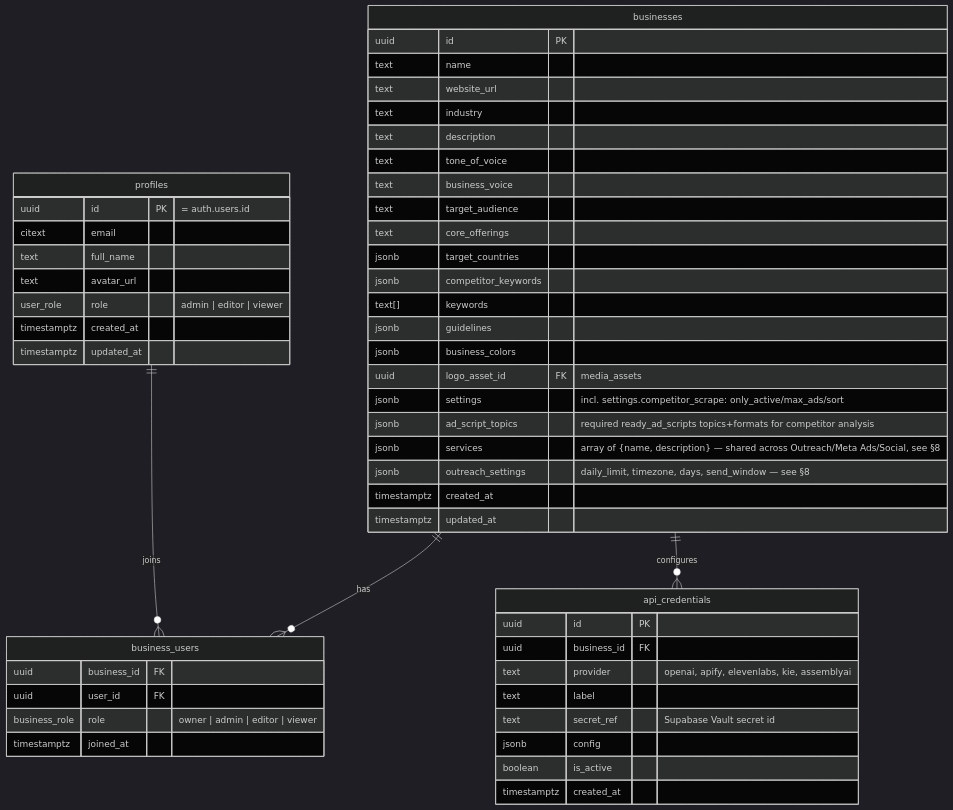
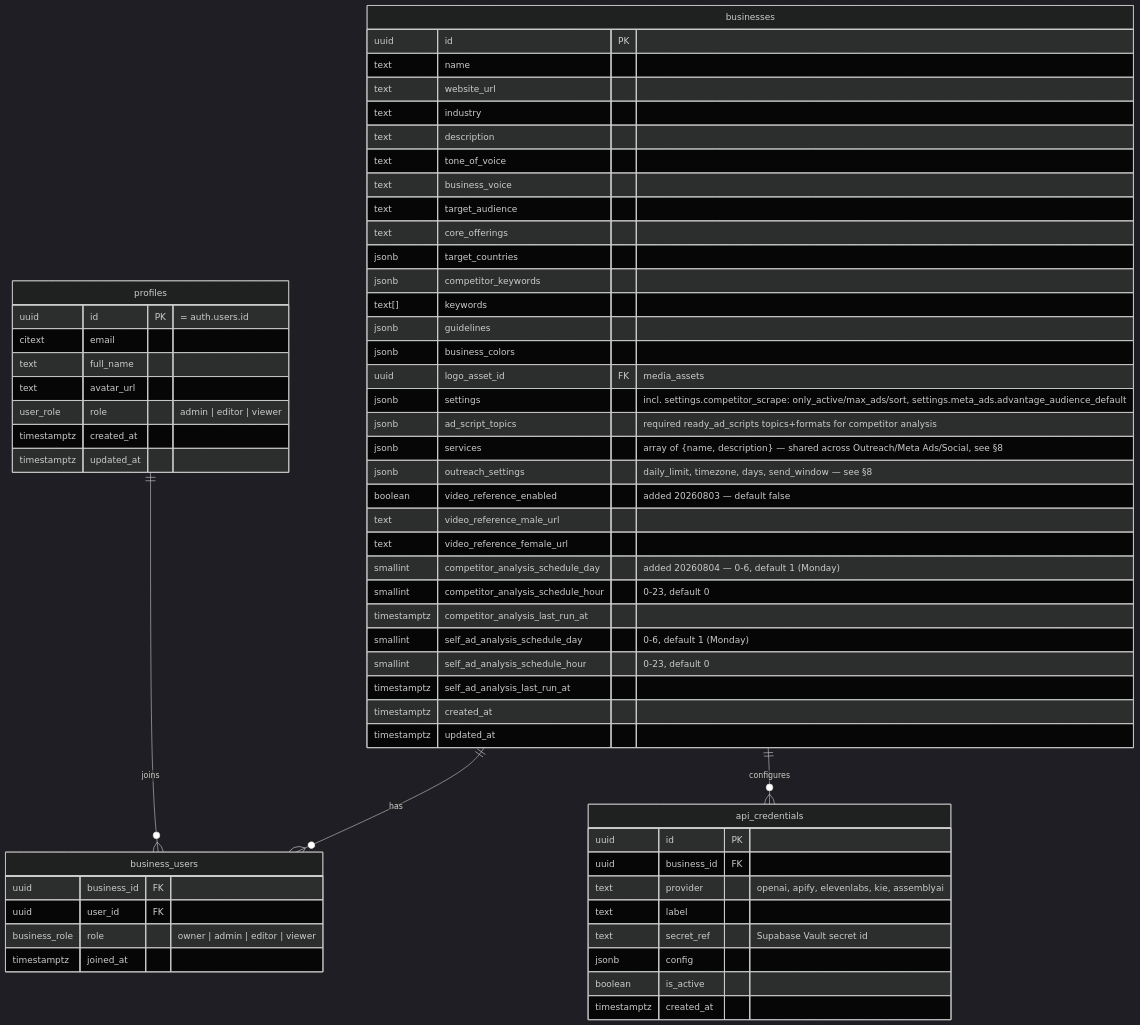
The first of 8 diagrams in docs/architecture/database_schema.md (Aumatic-AI/Kinetix), drawn with Mermaid (dark theme) before and after one commit. The commit also changed other lines of this file and 19 other files, not shown here.

````diff
--- a/docs/architecture/database_schema.md
+++ b/docs/architecture/database_schema.md
@@ -20,58 +20,67 @@
 ```mermaid
 erDiagram
     profiles ||--o{ business_users : "joins"
     businesses ||--o{ business_users : "has"
     businesses ||--o{ api_credentials : "configures"
 
     profiles {
         uuid id PK "= auth.users.id"
         citext email
         text full_name
         text avatar_url
         user_role role "admin | editor | viewer"
         timestamptz created_at
         timestamptz updated_at
     }
 
     businesses {
         uuid id PK
         text name
         text website_url
         text industry
         text description
         text tone_of_voice
         text business_voice
         text target_audience
         text core_offerings
         jsonb target_countries
         jsonb competitor_keywords
         text[] keywords
         jsonb guidelines
         jsonb business_colors
         uuid logo_asset_id FK "media_assets"
-        jsonb settings "incl. settings.competitor_scrape: only_active/max_ads/sort"
+        jsonb settings "incl. settings.competitor_scrape: only_active/max_ads/sort, settings.meta_ads.advantage_audience_default"
         jsonb ad_script_topics "required ready_ad_scripts topics+formats for competitor analysis"
         jsonb services "array of {name, description} — shared across Outreach/Meta Ads/Social, see §8"
         jsonb outreach_settings "daily_limit, timezone, days, send_window — see §8"
+        boolean video_reference_enabled "added 20260803 — default false"
+        text video_reference_male_url
+        text video_reference_female_url
+        smallint competitor_analysis_schedule_day "added 20260804 — 0-6, default 1 (Monday)"
+        smallint competitor_analysis_schedule_hour "0-23, default 0"
+        timestamptz competitor_analysis_last_run_at
+        smallint self_ad_analysis_schedule_day "0-6, default 1 (Monday)"
+        smallint self_ad_analysis_schedule_hour "0-23, default 0"
+        timestamptz self_ad_analysis_last_run_at
         timestamptz created_at
         timestamptz updated_at
     }
 
     business_users {
         uuid business_id FK
         uuid user_id FK
         business_role role "owner | admin | editor | viewer"
         timestamptz joined_at
     }
 
     api_credentials {
         uuid id PK
         uuid business_id FK
         text provider "openai, apify, elevenlabs, kie, assemblyai"
         text label
         text secret_ref "Supabase Vault secret id"
         jsonb config
         boolean is_active
         timestamptz created_at
     }
 ```
````
